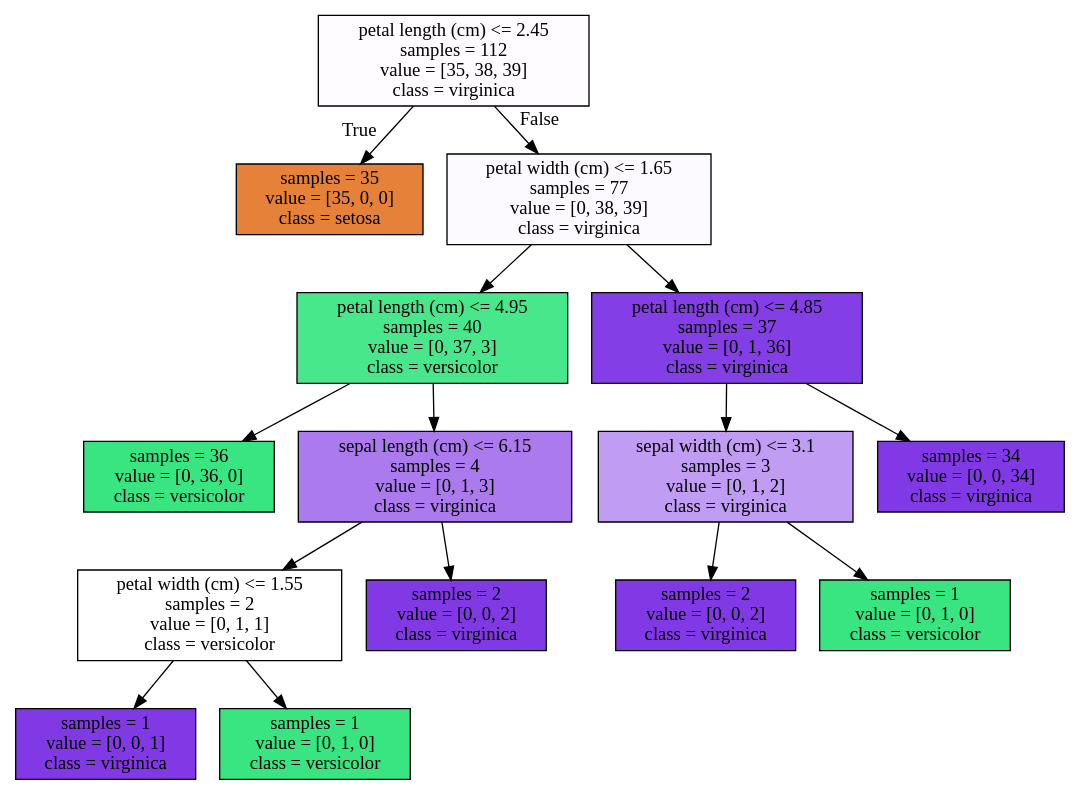
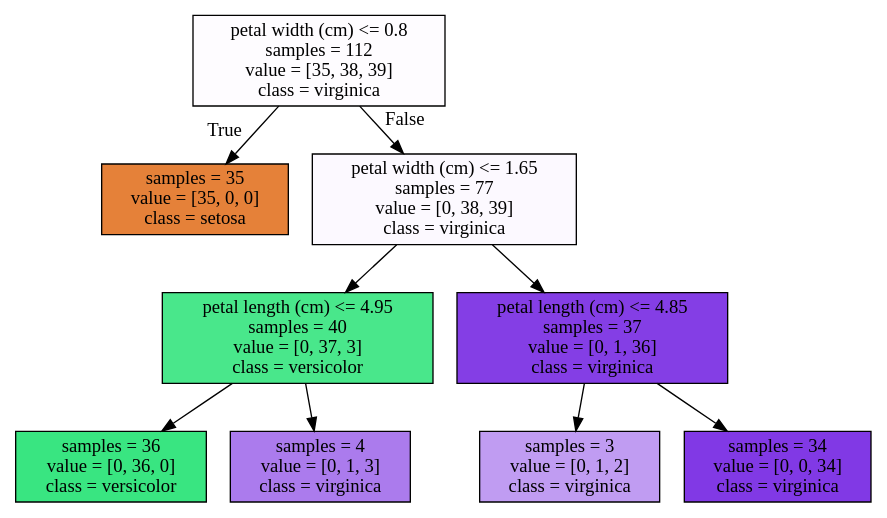
The diagram in Applied Machine Learning in Python/adspy_temp.dot (r-bosshard/UofM_Applied_Data_Science), drawn with Graphviz before and after one commit. The commit also changed 2 other files, not shown here.

```diff
--- a/Applied Machine Learning in Python/adspy_temp.dot
+++ b/Applied Machine Learning in Python/adspy_temp.dot
@@ -1,32 +1,20 @@
 digraph Tree {
 node [shape=box, style="filled", color="black"] ;
-0 [label="petal length (cm) <= 2.45\nsamples = 112\nvalue = [35, 38, 39]\nclass = virginica", fillcolor="#8139e503"] ;
+0 [label="petal width (cm) <= 0.8\nsamples = 112\nvalue = [35, 38, 39]\nclass = virginica", fillcolor="#8139e503"] ;
 1 [label="samples = 35\nvalue = [35, 0, 0]\nclass = setosa", fillcolor="#e58139ff"] ;
 0 -> 1 [labeldistance=2.5, labelangle=45, headlabel="True"] ;
 2 [label="petal width (cm) <= 1.65\nsamples = 77\nvalue = [0, 38, 39]\nclass = virginica", fillcolor="#8139e507"] ;
 0 -> 2 [labeldistance=2.5, labelangle=-45, headlabel="False"] ;
 3 [label="petal length (cm) <= 4.95\nsamples = 40\nvalue = [0, 37, 3]\nclass = versicolor", fillcolor="#39e581ea"] ;
 2 -> 3 ;
 4 [label="samples = 36\nvalue = [0, 36, 0]\nclass = versicolor", fillcolor="#39e581ff"] ;
 3 -> 4 ;
-5 [label="sepal length (cm) <= 6.15\nsamples = 4\nvalue = [0, 1, 3]\nclass = virginica", fillcolor="#8139e5aa"] ;
+5 [label="samples = 4\nvalue = [0, 1, 3]\nclass = virginica", fillcolor="#8139e5aa"] ;
 3 -> 5 ;
-6 [label="petal width (cm) <= 1.55\nsamples = 2\nvalue = [0, 1, 1]\nclass = versicolor", fillcolor="#39e58100"] ;
-5 -> 6 ;
-7 [label="samples = 1\nvalue = [0, 0, 1]\nclass = virginica", fillcolor="#8139e5ff"] ;
+6 [label="petal length (cm) <= 4.85\nsamples = 37\nvalue = [0, 1, 36]\nclass = virginica", fillcolor="#8139e5f8"] ;
+2 -> 6 ;
+7 [label="samples = 3\nvalue = [0, 1, 2]\nclass = virginica", fillcolor="#8139e57f"] ;
 6 -> 7 ;
-8 [label="samples = 1\nvalue = [0, 1, 0]\nclass = versicolor", fillcolor="#39e581ff"] ;
+8 [label="samples = 34\nvalue = [0, 0, 34]\nclass = virginica", fillcolor="#8139e5ff"] ;
 6 -> 8 ;
-9 [label="samples = 2\nvalue = [0, 0, 2]\nclass = virginica", fillcolor="#8139e5ff"] ;
-5 -> 9 ;
-10 [label="petal length (cm) <= 4.85\nsamples = 37\nvalue = [0, 1, 36]\nclass = virginica", fillcolor="#8139e5f8"] ;
-2 -> 10 ;
-11 [label="sepal width (cm) <= 3.1\nsamples = 3\nvalue = [0, 1, 2]\nclass = virginica", fillcolor="#8139e57f"] ;
-10 -> 11 ;
-12 [label="samples = 2\nvalue = [0, 0, 2]\nclass = virginica", fillcolor="#8139e5ff"] ;
-11 -> 12 ;
-13 [label="samples = 1\nvalue = [0, 1, 0]\nclass = versicolor", fillcolor="#39e581ff"] ;
-11 -> 13 ;
-14 [label="samples = 34\nvalue = [0, 0, 34]\nclass = virginica", fillcolor="#8139e5ff"] ;
-10 -> 14 ;
 }
```
